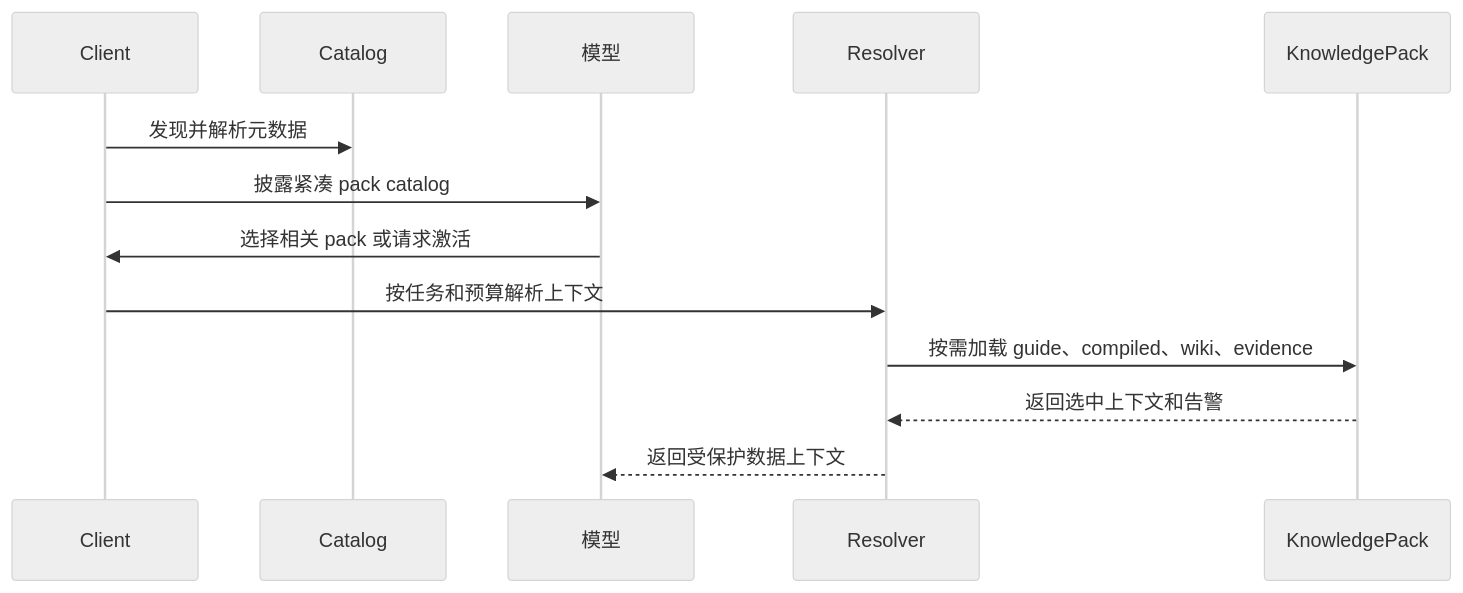
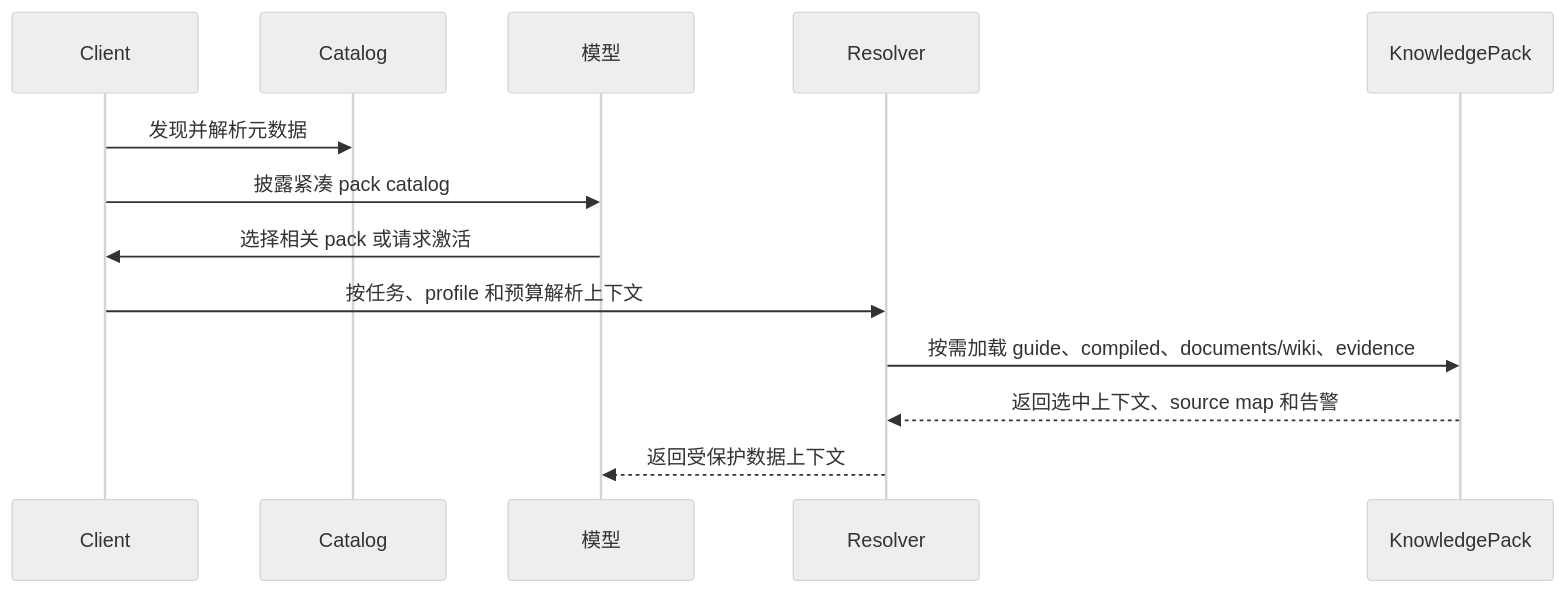
One commit to limecloud/agentknowledge changed the diagram in docs/zh/client-implementation/adding-support.md. Above: the diagram before and after it, drawn with Mermaid (neutral theme). The commit also changed other lines of this file and 60 other files, not shown here.

````diff
--- a/docs/zh/client-implementation/adding-support.md
+++ b/docs/zh/client-implementation/adding-support.md
@@ -19,16 +19,16 @@
 ```mermaid
 sequenceDiagram
   participant Client
   participant Catalog
   participant Model as 模型
   participant Resolver
   participant Pack as KnowledgePack
 
   Client->>Catalog: 发现并解析元数据
   Client->>Model: 披露紧凑 pack catalog
   Model->>Client: 选择相关 pack 或请求激活
-  Client->>Resolver: 按任务和预算解析上下文
-  Resolver->>Pack: 按需加载 guide、compiled、wiki、evidence
-  Pack-->>Resolver: 返回选中上下文和告警
+  Client->>Resolver: 按任务、profile 和预算解析上下文
+  Resolver->>Pack: 按需加载 guide、compiled、documents/wiki、evidence
+  Pack-->>Resolver: 返回选中上下文、source map 和告警
   Resolver-->>Model: 返回受保护数据上下文
 ```
````
